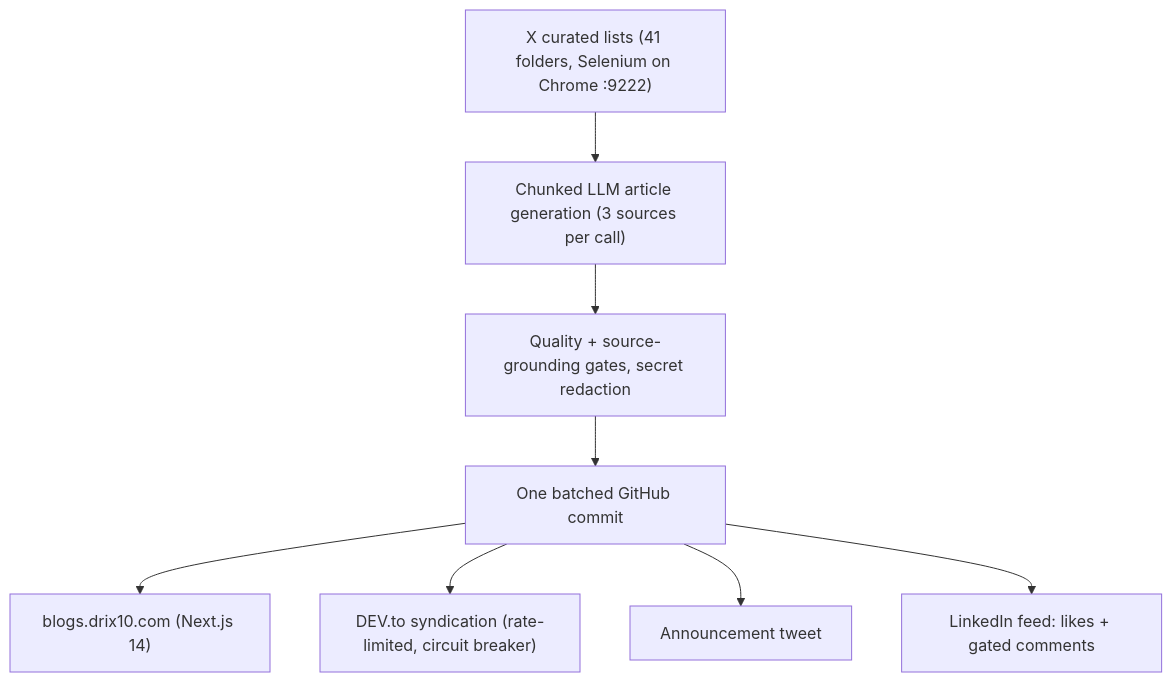
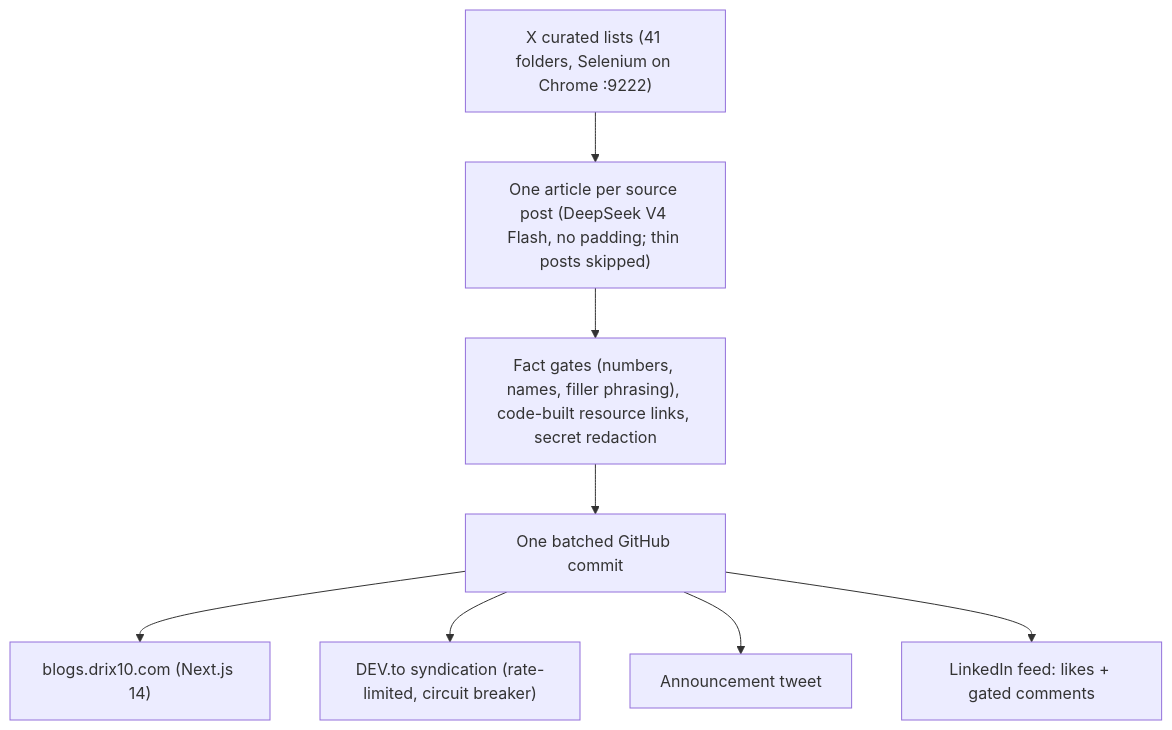
One commit to Drix10/ai-resources-pipeline changed the diagram in README.md. Above: the diagram before and after it, drawn with Mermaid. The commit also changed other lines of this file and 23 other files, not shown here.

````diff
--- a/README.md
+++ b/README.md
@@ -31,10 +31,10 @@
 ```mermaid
 flowchart TD
-    A["X curated lists (41 folders, Selenium on Chrome :9222)"] --> B["Chunked LLM article generation (3 sources per call)"]
-    B --> C["Quality + source-grounding gates, secret redaction"]
+    A["X curated lists (41 folders, Selenium on Chrome :9222)"] --> B["One article per source post (DeepSeek V4 Flash, no padding; thin posts skipped)"]
+    B --> C["Fact gates (numbers, names, filler phrasing), code-built resource links, secret redaction"]
     C --> D["One batched GitHub commit"]
     D --> E["blogs.drix10.com (Next.js 14)"]
     D --> F["DEV.to syndication (rate-limited, circuit breaker)"]
     D --> G["Announcement tweet"]
     D --> H["LinkedIn feed: likes + gated comments"]
 ```
````
